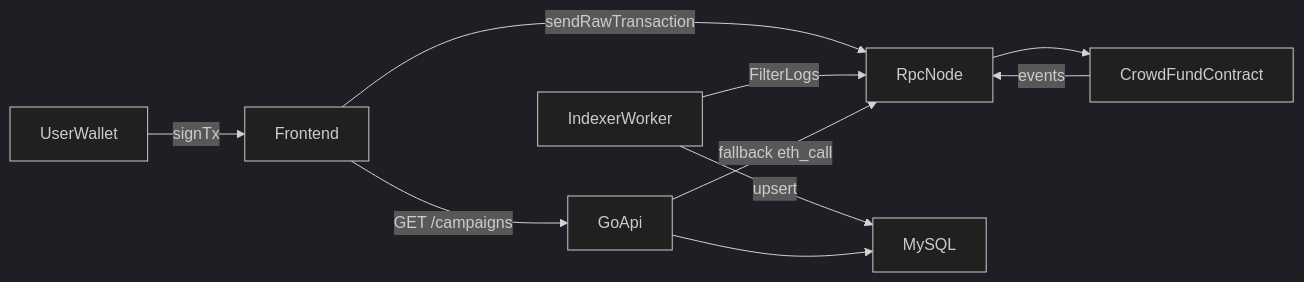
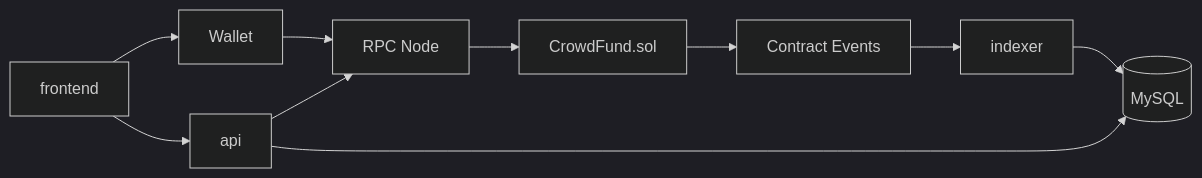
The diagram in README.md (jianghongqing/crowdfunding), drawn with Mermaid (dark theme) before and after one commit. The commit also changed other lines of this file and 35 other files, not shown here.

````diff
--- a/README.md
+++ b/README.md
@@ -16,20 +28,12 @@
 ```mermaid
 flowchart LR
-    Frontend[Frontend]
-    Wallet[UserWallet]
-    GoApi[GoApi]
-    Indexer[IndexerWorker]
-    RpcNode[RpcNode]
-    Contract[CrowdFundContract]
-    MySQL[MySQL]
-
-    Wallet -->|signTx| Frontend
-    Frontend -->|sendRawTransaction| RpcNode
-    RpcNode --> Contract
-    Contract -->|events| RpcNode
-    Indexer -->|FilterLogs| RpcNode
-    Indexer -->|upsert| MySQL
-    GoApi --> MySQL
-    GoApi -->|fallback eth_call| RpcNode
-    Frontend -->|GET /campaigns| GoApi
+    Frontend[frontend] --> Wallet[Wallet]
+    Wallet --> RPC[RPC Node]
+    RPC --> Contract[CrowdFund.sol]
+    Contract --> Events[Contract Events]
+    Events --> Indexer[indexer]
+    Indexer --> MySQL[(MySQL)]
+    API[api] --> MySQL
+    API --> RPC
+    Frontend --> API
 ```
````
